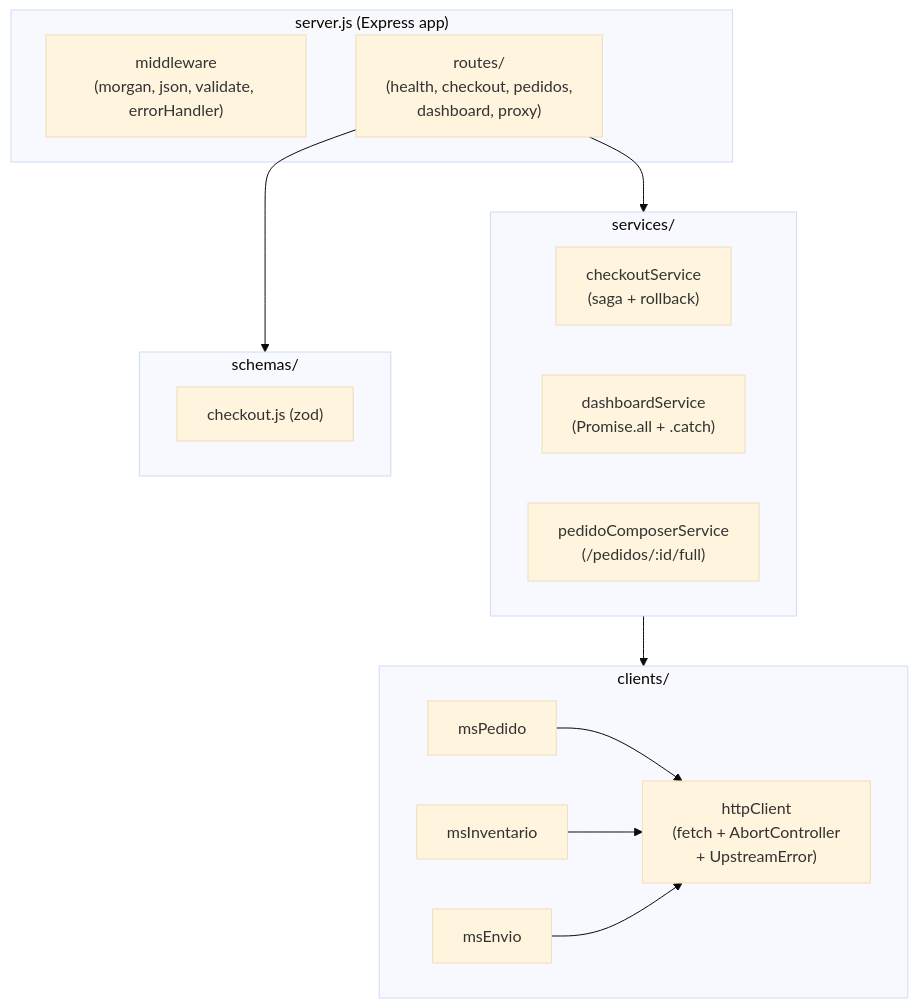
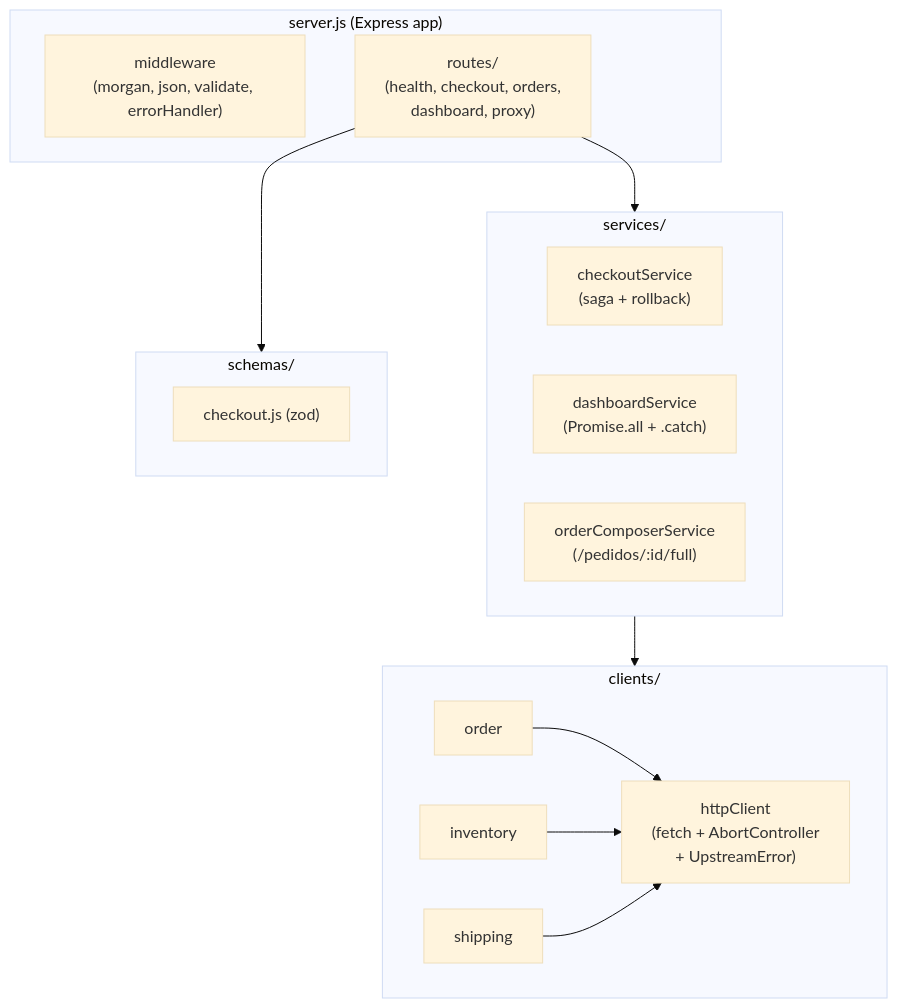
Before and after one commit to smartLogixfs/smartlogixs: the second of 3 diagrams in backend/bff/README.md, drawn with Mermaid (base theme). The commit also changed other lines of this file and 11 other files, not shown here.

````diff
--- a/backend/bff/README.md
+++ b/backend/bff/README.md
@@ -61,31 +67,31 @@
 ```mermaid
 flowchart TB
     subgraph Server["server.js (Express app)"]
         MW["middleware<br/>(morgan, json, validate, errorHandler)"]
-        Routes["routes/<br/>(health, checkout, pedidos,<br/>dashboard, proxy)"]
+        Routes["routes/<br/>(health, checkout, orders,<br/>dashboard, proxy)"]
     end
 
     subgraph Services["services/"]
         CK["checkoutService<br/>(saga + rollback)"]
         DS["dashboardService<br/>(Promise.all + .catch)"]
-        PC["pedidoComposerService<br/>(/pedidos/:id/full)"]
+        OC["orderComposerService<br/>(/pedidos/:id/full)"]
     end
 
     subgraph Clients["clients/"]
         HC["httpClient<br/>(fetch + AbortController<br/>+ UpstreamError)"]
-        MP[msPedido]
-        MI[msInventario]
-        ME[msEnvio]
+        O[order]
+        I[inventory]
+        S[shipping]
     end
 
     subgraph Schemas["schemas/"]
         CKS["checkout.js (zod)"]
     end
 
     Routes --> Services
     Routes --> Schemas
     Services --> Clients
-    MP --> HC
-    MI --> HC
-    ME --> HC
+    O --> HC
+    I --> HC
+    S --> HC
 ```
````
